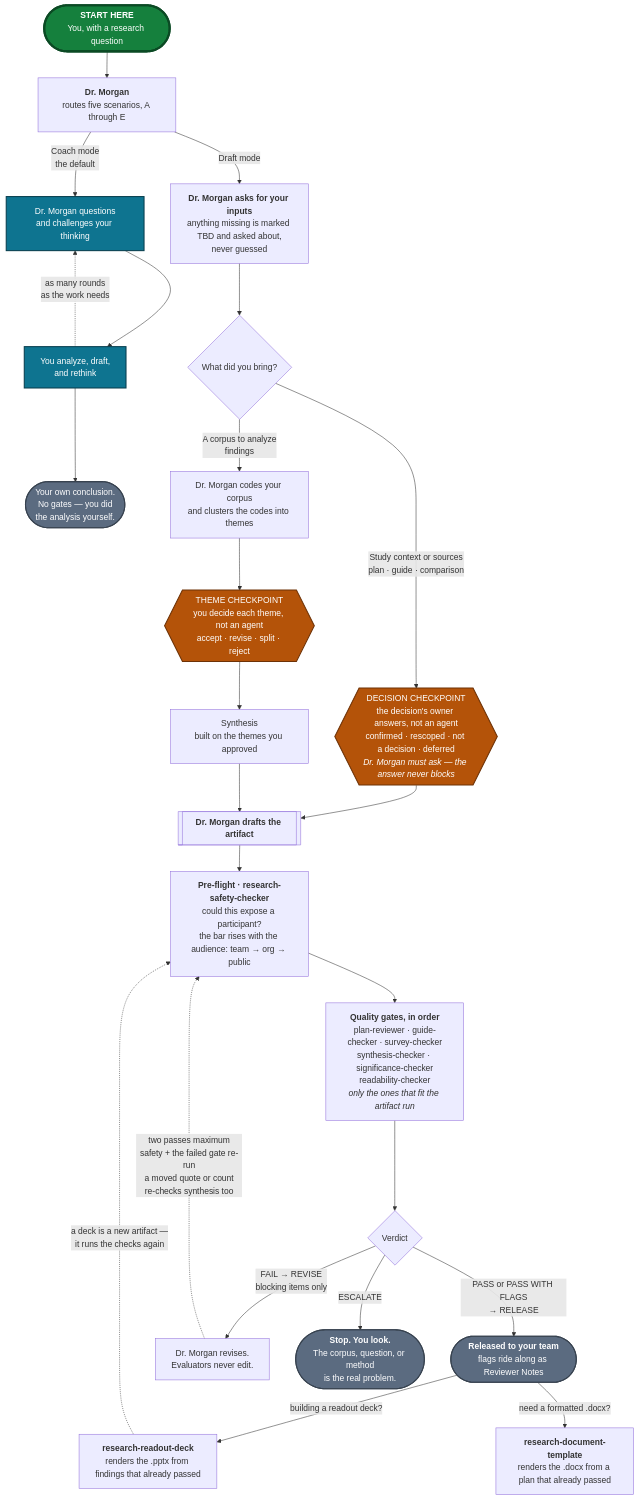
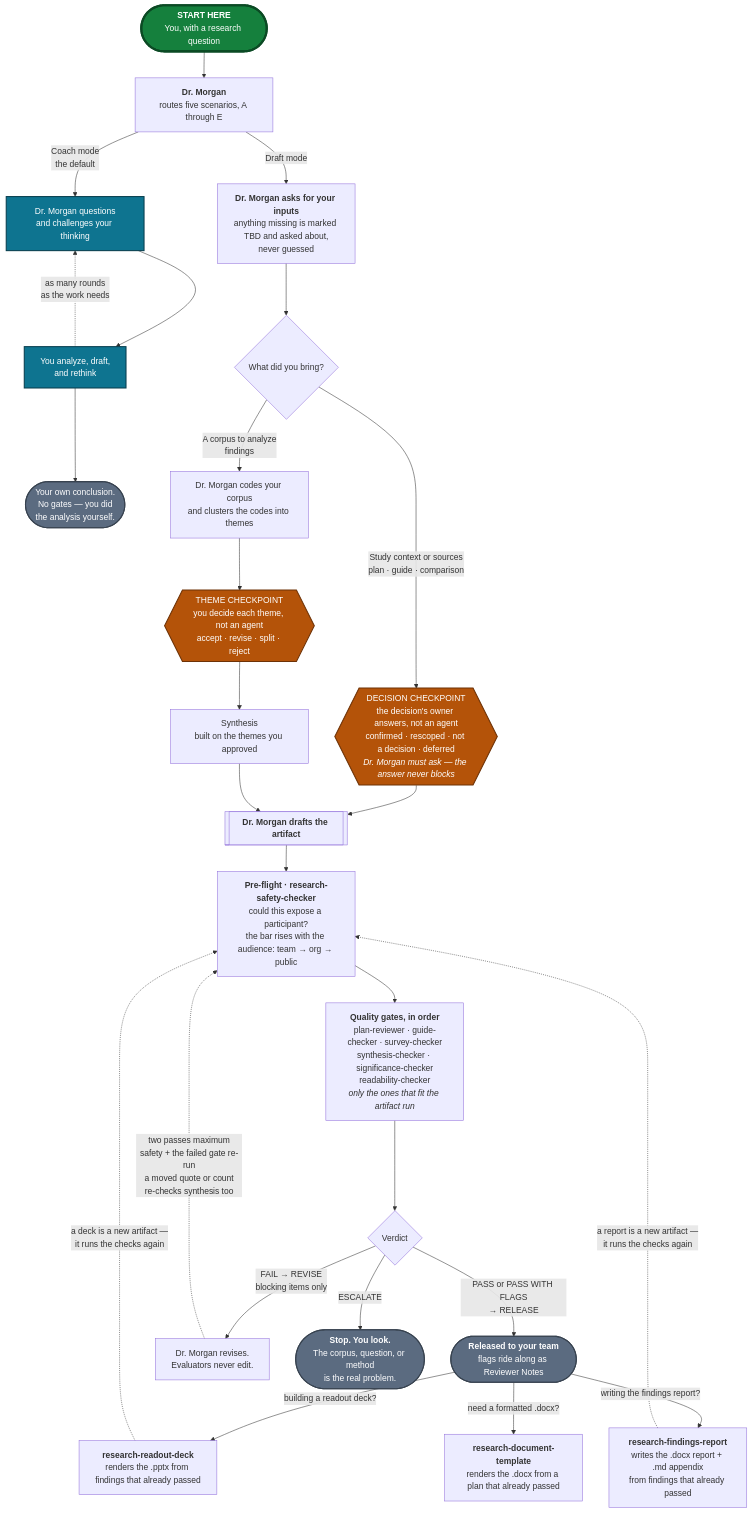
The diagram in README.md (kirstenhosic/UX-Research-Skills-IBM-Secure), drawn with Mermaid before and after one commit. The commit also changed other lines of this file and 12 other files, not shown here.

First line of the commit message:
Add the research-findings-report skill, Carbon document styling, and ID-only participants

````diff
--- a/README.md
+++ b/README.md
@@ -218,53 +230,56 @@
 ```mermaid
 flowchart TD
     START(["<b>START HERE</b><br/>You, with a research question"])
     START --> DM
 
     DM["<b>Dr. Morgan</b><br/>routes five scenarios, A through E"]
 
     DM -->|"Coach mode<br/>the default"| COACH["Dr. Morgan questions<br/>and challenges your thinking"]
     COACH --> WORK["You analyze, draft,<br/>and rethink"]
     WORK -.->|"as many rounds<br/>as the work needs"| COACH
     WORK --> ENDC(["Your own conclusion.<br/>No gates — you did<br/>the analysis yourself."])
 
     DM -->|"Draft mode"| IN["<b>Dr. Morgan asks for your inputs</b><br/>anything missing is marked TBD and asked about,<br/>never guessed"]
     IN --> Q{"What did you bring?"}
 
     ART[["<b>Dr. Morgan drafts the artifact</b>"]]
     CL["Dr. Morgan codes your corpus<br/>and clusters the codes into themes"]
 
     Q -->|"Study context or sources<br/>plan · guide · comparison"| DC
     Q -->|"A corpus to analyze<br/>findings"| CL
 
     DC{{"DECISION CHECKPOINT<br/>the decision's owner answers, not an agent<br/>confirmed · rescoped · not a decision · deferred<br/><i>Dr. Morgan must ask — the answer never blocks</i>"}}
     DC --> ART
 
     CL --> TC{{"THEME CHECKPOINT<br/>you decide each theme, not an agent<br/>accept · revise · split · reject"}}
     TC --> SY["Synthesis<br/>built on the themes you approved"]
     SY --> ART
 
     ART --> PF["<b>Pre-flight · research-safety-checker</b><br/>could this expose a participant?<br/>the bar rises with the audience: team → org → public"]
     PF --> G["<b>Quality gates, in order</b><br/>plan-reviewer · guide-checker · survey-checker<br/>synthesis-checker · significance-checker<br/>readability-checker<br/><i>only the ones that fit the artifact run</i>"]
     G --> V{"Verdict"}
 
     V -->|"PASS or PASS WITH FLAGS<br/>→ RELEASE"| ENDR(["<b>Released to your team</b><br/>flags ride along as Reviewer Notes"])
 
     V -->|"FAIL → REVISE<br/>blocking items only"| RV["Dr. Morgan revises.<br/>Evaluators never edit."]
     RV -.->|"two passes maximum<br/>safety + the failed gate re-run<br/>a moved quote or count<br/>re-checks synthesis too"| PF
 
     V -->|"ESCALATE"| ENDE(["<b>Stop. You look.</b><br/>The corpus, question, or method<br/>is the real problem."])
 
     ENDR -->|"building a readout deck?"| SK["<b>research-readout-deck</b><br/>renders the .pptx from findings that already passed"]
     SK -.->|"a deck is a new artifact —<br/>it runs the checks again"| PF
 
+    ENDR -->|"writing the findings report?"| RPT["<b>research-findings-report</b><br/>writes the .docx report + .md appendix<br/>from findings that already passed"]
+    RPT -.->|"a report is a new artifact —<br/>it runs the checks again"| PF
+
     ENDR -->|"need a formatted .docx?"| DOC["<b>research-document-template</b><br/>renders the .docx from a plan that already passed"]
 
     classDef entry  fill:#15803D,stroke:#0B4A24,stroke-width:4px,color:#FFFFFF
     classDef coach  fill:#0E7490,stroke:#083F4F,stroke-width:2px,color:#FFFFFF
     classDef human  fill:#B45309,stroke:#6E3206,stroke-width:2px,color:#FFFFFF
     classDef ending fill:#5B6B80,stroke:#37424F,stroke-width:2px,color:#FFFFFF
     class START entry
     class COACH,WORK coach
     class TC,DC human
     class ENDC,ENDR,ENDE ending
 ```
````
